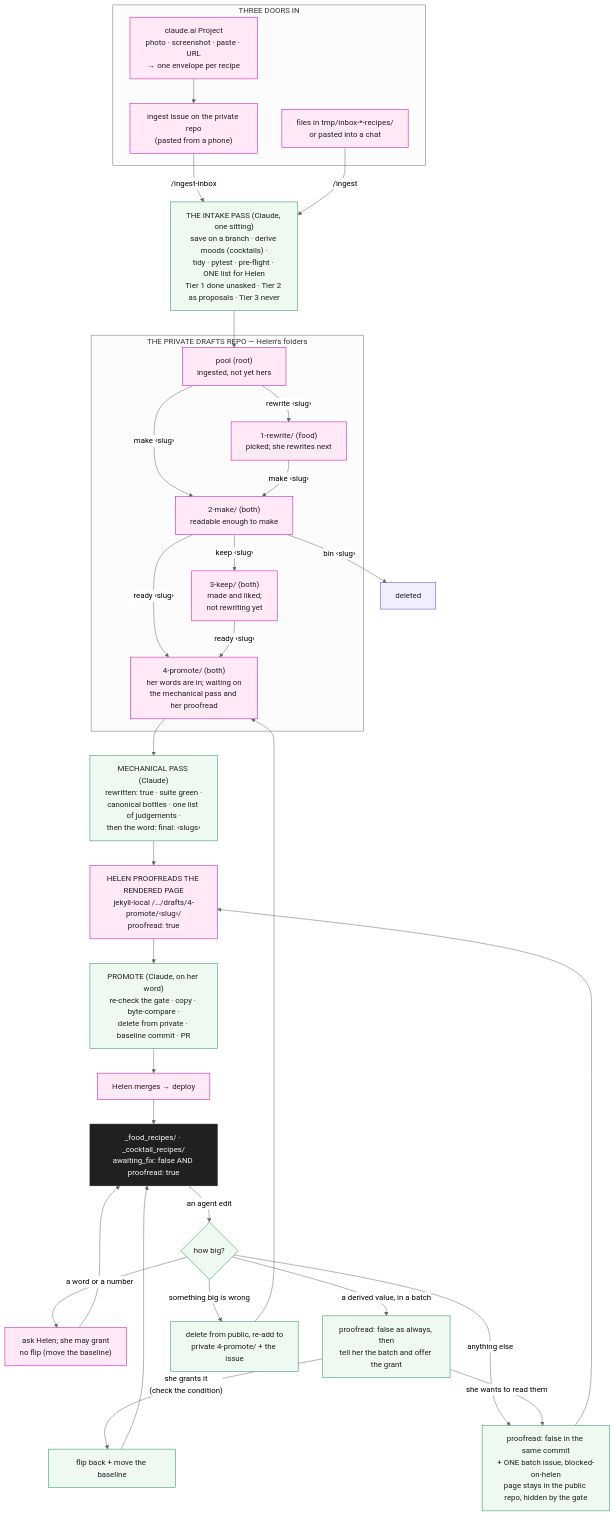
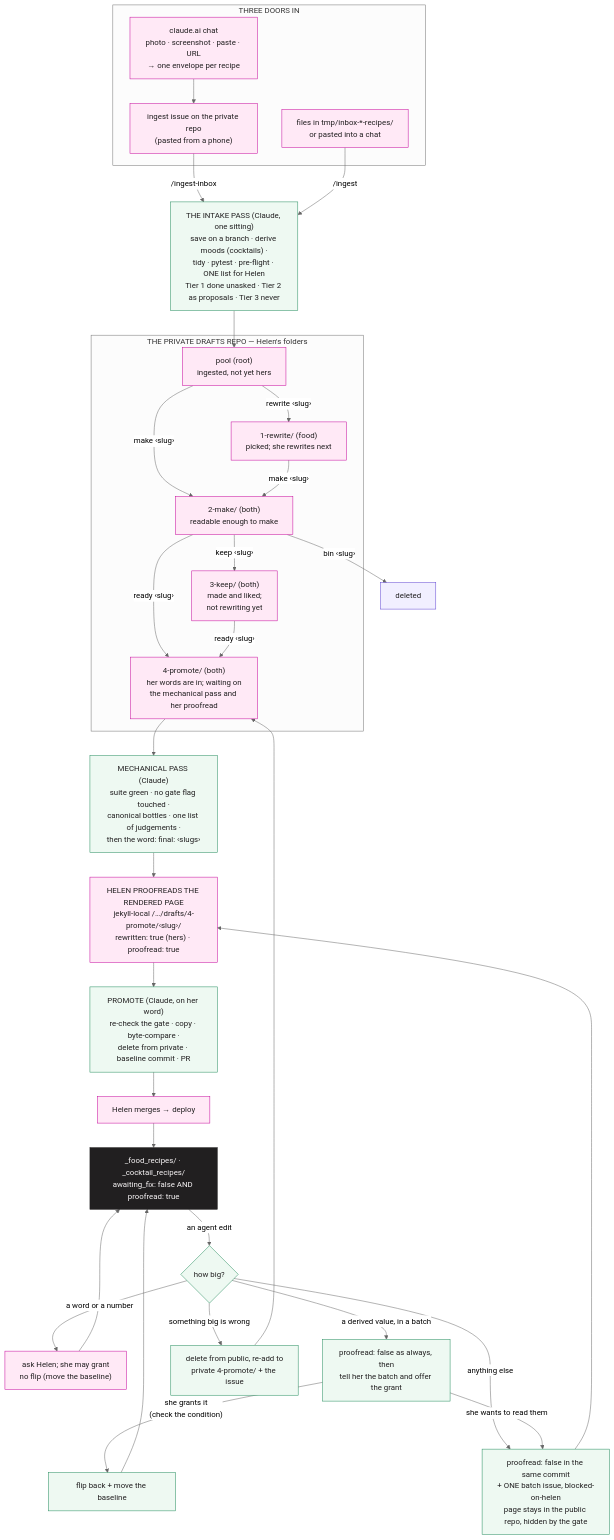
The diagram in model_instructions/PIPELINE.md (DeckOfPandas/helen-triages), drawn with Mermaid (neutral theme) before and after one commit. The commit also changed other lines of this file and 17 other files, not shown here.

First line of the commit message:
(docs) fix statements the audit proved false; retire the claude.ai Project

````diff
--- a/model_instructions/PIPELINE.md
+++ b/model_instructions/PIPELINE.md
@@ -24,55 +24,55 @@
 ```mermaid
 flowchart TD
     classDef helen fill:#ffe9f6,stroke:#c4009a,color:#211f20
     classDef claude fill:#eef9f2,stroke:#1f8a5a,color:#211f20
     classDef machine fill:#f1efff,stroke:#5b3fd1,color:#211f20
     classDef live fill:#211f20,stroke:#211f20,color:#faf7f8
 
     subgraph IN["THREE DOORS IN"]
-        W["claude.ai Project<br/>photo · screenshot · paste · URL<br/>→ one envelope per recipe"]:::helen
+        W["claude.ai chat<br/>photo · screenshot · paste · URL<br/>→ one envelope per recipe"]:::helen
         I["ingest issue on the private repo<br/>(pasted from a phone)"]:::helen
         T["files in tmp/inbox-*-recipes/<br/>or pasted into a chat"]:::helen
     end
 
     W --> I
     I -->|"/ingest-inbox"| P
     T -->|"/ingest"| P
 
     P["THE INTAKE PASS (Claude, one sitting)<br/>save on a branch · derive moods (cocktails) ·<br/>tidy · pytest · pre-flight · ONE list for Helen<br/>Tier 1 done unasked · Tier 2 as proposals · Tier 3 never"]:::claude
 
     P --> POOL
 
     subgraph DRAFTS["THE PRIVATE DRAFTS REPO — Helen's folders"]
         POOL["pool (root)<br/>ingested, not yet hers"]:::helen
         RW["1-rewrite/ (food)<br/>picked; she rewrites next"]:::helen
         MK["2-make/ (both)<br/>readable enough to make"]:::helen
         KP["3-keep/ (both)<br/>made and liked;<br/>not rewriting yet"]:::helen
         PR["4-promote/ (both)<br/>her words are in; waiting on<br/>the mechanical pass and her proofread"]:::helen
     end
 
     POOL -->|"rewrite ‹slug›"| RW
     POOL -->|"make ‹slug›"| MK
     RW -->|"make ‹slug›"| MK
     MK -->|"keep ‹slug›"| KP
     MK -->|"ready ‹slug›"| PR
     KP -->|"ready ‹slug›"| PR
     MK -->|"bin ‹slug›"| BIN["deleted"]:::machine
 
-    PR --> MP["MECHANICAL PASS (Claude)<br/>rewritten: true · suite green ·<br/>canonical bottles · one list of judgements ·<br/>then the word: final: ‹slugs›"]:::claude
-    MP --> PF["HELEN PROOFREADS THE RENDERED PAGE<br/>jekyll-local /…/drafts/4-promote/‹slug›/<br/>proofread: true"]:::helen
+    PR --> MP["MECHANICAL PASS (Claude)<br/>suite green · no gate flag touched ·<br/>canonical bottles · one list of judgements ·<br/>then the word: final: ‹slugs›"]:::claude
+    MP --> PF["HELEN PROOFREADS THE RENDERED PAGE<br/>jekyll-local /…/drafts/4-promote/‹slug›/<br/>rewritten: true (hers) · proofread: true"]:::helen
     PF --> PROMO["PROMOTE (Claude, on her word)<br/>re-check the gate · copy · byte-compare ·<br/>delete from private · baseline commit · PR"]:::claude
     PROMO --> MERGE["Helen merges → deploy"]:::helen
     MERGE --> LIVE["_food_recipes/ · _cocktail_recipes/<br/>awaiting_fix: false AND proofread: true"]:::live
 
     LIVE -->|"an agent edit"| TOUCH{"how big?"}:::claude
     TOUCH -->|"a word or a number"| ASK["ask Helen; she may grant<br/>no flip (move the baseline)"]:::helen
     TOUCH -->|"a derived value, in a batch"| DERIVED["proofread: false as always, then<br/>tell her the batch and offer the grant"]:::claude
     TOUCH -->|"anything else"| DEMOTE["proofread: false in the same commit<br/>+ ONE batch issue, blocked-on-helen<br/>page stays in the public repo, hidden by the gate"]:::claude
     TOUCH -->|"something big is wrong"| BACK["delete from public, re-add to<br/>private 4-promote/ + the issue"]:::claude
     DERIVED -->|"she grants it<br/>(check the condition)"| GRANT["flip back + move the baseline"]:::claude
     DERIVED -->|"she wants to read them"| DEMOTE
     GRANT --> LIVE
     DEMOTE --> PF
     BACK --> PR
     ASK --> LIVE
 ```
````
